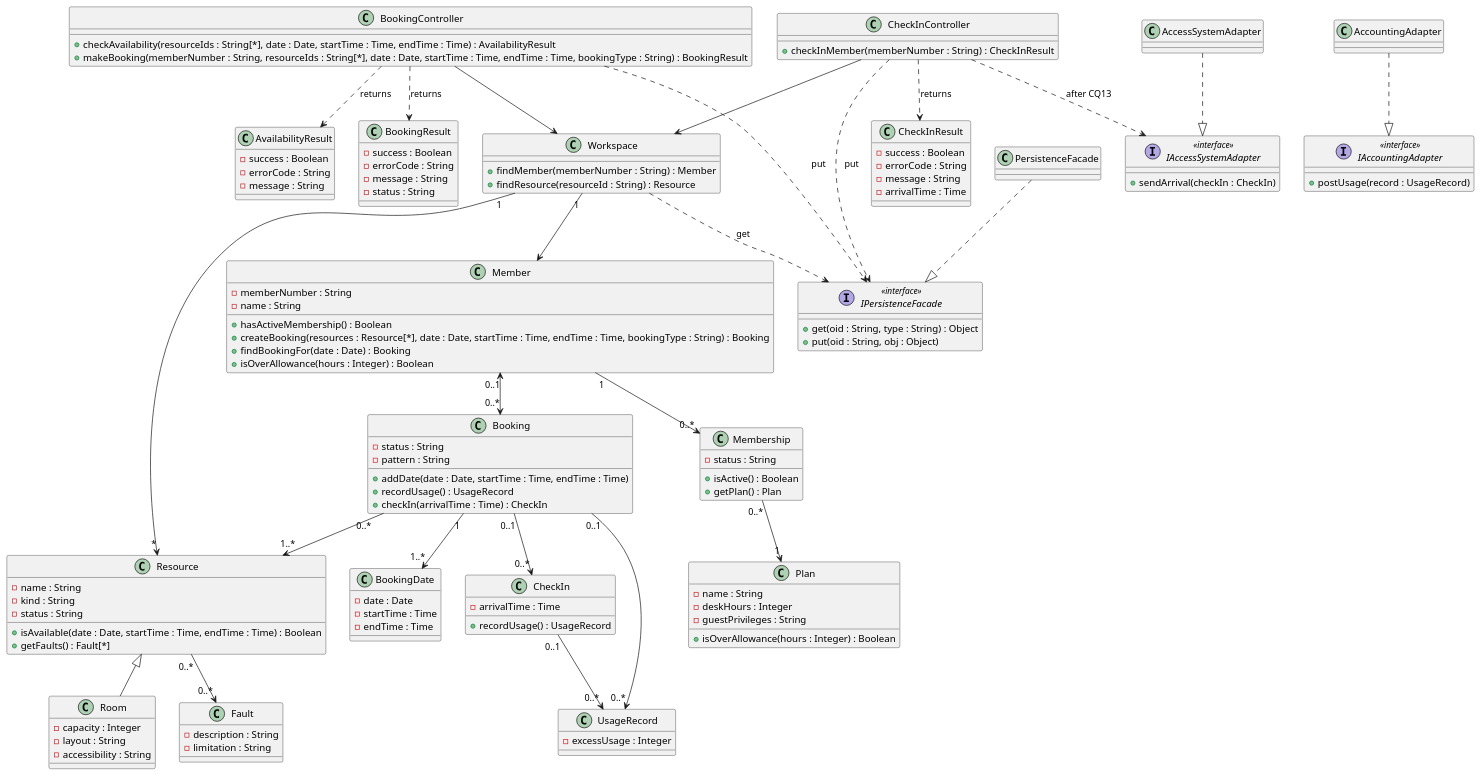
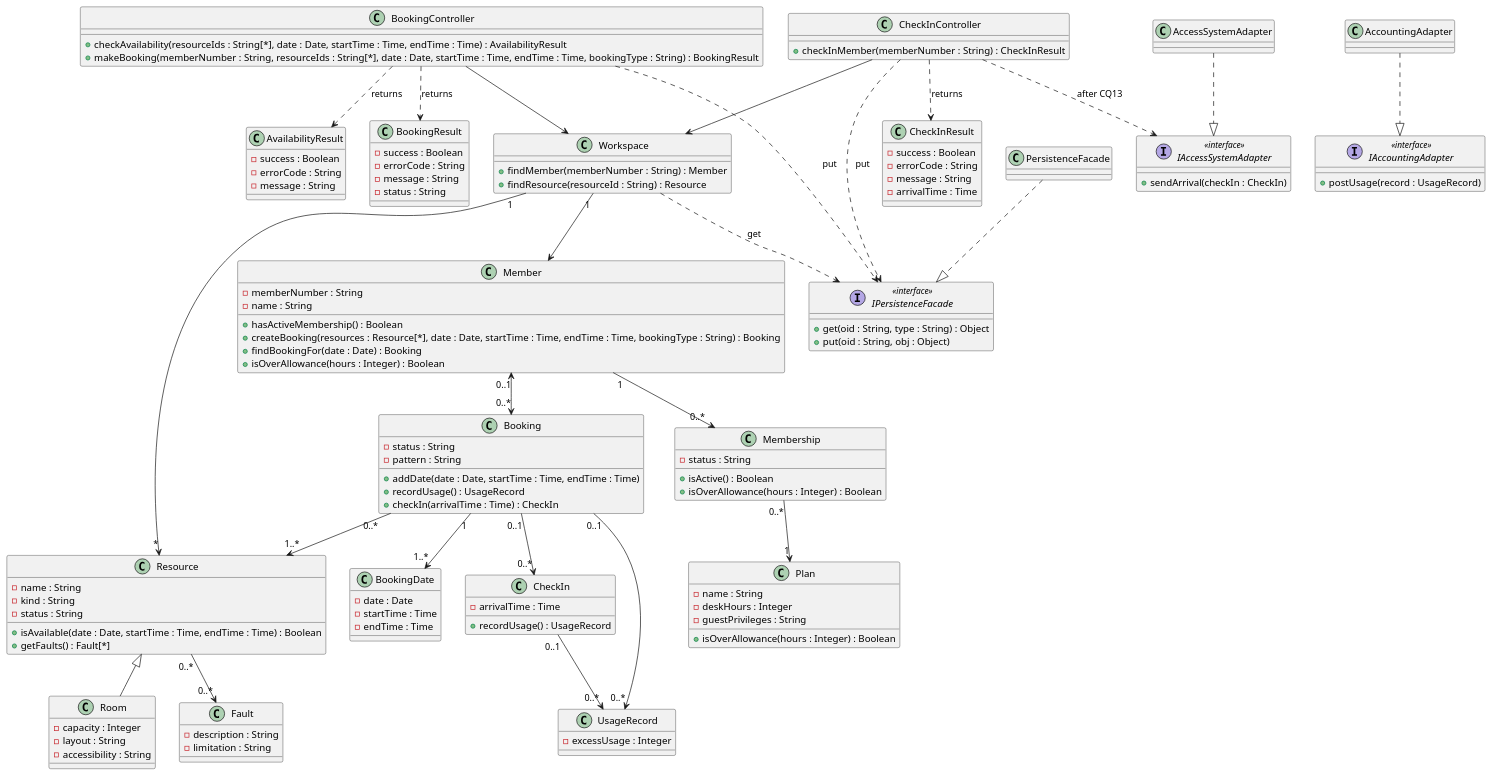
Before and after one commit to SwoopCodes/Object-Oriented-Analysis: the diagram in ca2-design/diagrams/class-diagram.puml, drawn with PlantUML. The commit also changed 5 other files, not shown here.

```diff
--- a/ca2-design/diagrams/class-diagram.puml
+++ b/ca2-design/diagrams/class-diagram.puml
@@ -1,153 +1,153 @@
 @startuml
 
 class BookingController {
   + checkAvailability(resourceIds : String[*], date : Date, startTime : Time, endTime : Time) : AvailabilityResult
   + makeBooking(memberNumber : String, resourceIds : String[*], date : Date, startTime : Time, endTime : Time, bookingType : String) : BookingResult
 }
 
 class CheckInController {
   + checkInMember(memberNumber : String) : CheckInResult
 }
 
 class Workspace {
   + findMember(memberNumber : String) : Member
   + findResource(resourceId : String) : Resource
 }
 
 class Member {
   - memberNumber : String
   - name : String
   + hasActiveMembership() : Boolean
   + createBooking(resources : Resource[*], date : Date, startTime : Time, endTime : Time, bookingType : String) : Booking
   + findBookingFor(date : Date) : Booking
   + isOverAllowance(hours : Integer) : Boolean
 }
 
 class Membership {
   - status : String
   + isActive() : Boolean
-  + getPlan() : Plan
+  + isOverAllowance(hours : Integer) : Boolean
 }
 
 class Plan {
   - name : String
   - deskHours : Integer
   - guestPrivileges : String
   + isOverAllowance(hours : Integer) : Boolean
 }
 
 class Booking {
   - status : String
   - pattern : String
   + addDate(date : Date, startTime : Time, endTime : Time)
   + recordUsage() : UsageRecord
   + checkIn(arrivalTime : Time) : CheckIn
 }
 
 class BookingDate {
   - date : Date
   - startTime : Time
   - endTime : Time
 }
 
 class Resource {
   - name : String
   - kind : String
   - status : String
   + isAvailable(date : Date, startTime : Time, endTime : Time) : Boolean
   + getFaults() : Fault[*]
 }
 
 class Room {
   - capacity : Integer
   - layout : String
   - accessibility : String
 }
 
 class Fault {
   - description : String
   - limitation : String
 }
 
 class CheckIn {
   - arrivalTime : Time
   + recordUsage() : UsageRecord
 }
 
 class UsageRecord {
   - excessUsage : Integer
 }
 
 BookingController --> Workspace
 CheckInController --> Workspace
 Workspace "1" --> Member
 Workspace "1" --> "*" Resource
 Member "1" --> "0..*" Membership
 Membership "0..*" --> "1" Plan
 Member "0..1" <--> "0..*" Booking
 Booking "1" --> "1..*" BookingDate
 Booking "0..*" --> "1..*" Resource
 Booking "0..1" --> "0..*" CheckIn
 Booking "0..1" --> "0..*" UsageRecord
 CheckIn "0..1" --> "0..*" UsageRecord
 Resource "0..*" --> "0..*" Fault
 
 Resource <|-- Room
 
 ' ---- T20: result types (step 17 needs these to exist) ----
 class AvailabilityResult {
   - success : Boolean
   - errorCode : String
   - message : String
 }
 
 class BookingResult {
   - success : Boolean
   - errorCode : String
   - message : String
   - status : String
 }
 
 class CheckInResult {
   - success : Boolean
   - errorCode : String
   - message : String
   - arrivalTime : Time
 }
 
 ' ---- T20: interfaces (step 15) ----
 interface IPersistenceFacade <<interface>> {
   + get(oid : String, type : String) : Object
   + put(oid : String, obj : Object)
 }
 
 interface IAccessSystemAdapter <<interface>> {
   + sendArrival(checkIn : CheckIn)
 }
 
 interface IAccountingAdapter <<interface>> {
   + postUsage(record : UsageRecord)
 }
 
 ' ---- T20: classes that provide them (step 16) ----
 class PersistenceFacade
 class AccessSystemAdapter
 class AccountingAdapter
 
 PersistenceFacade ..|> IPersistenceFacade
 AccessSystemAdapter ..|> IAccessSystemAdapter
 AccountingAdapter ..|> IAccountingAdapter
 
 ' ---- T20: who returns / uses what ----
 ' controllers make these results and hand them back
 BookingController ..> AvailabilityResult : returns
 BookingController ..> BookingResult : returns
 CheckInController ..> CheckInResult : returns
 
 ' who uses each interface (architecture.md section 2)
 Workspace ..> IPersistenceFacade : get
 BookingController ..> IPersistenceFacade : put
 CheckInController ..> IPersistenceFacade : put
 CheckInController ..> IAccessSystemAdapter : after CQ13
 
 @enduml
```
